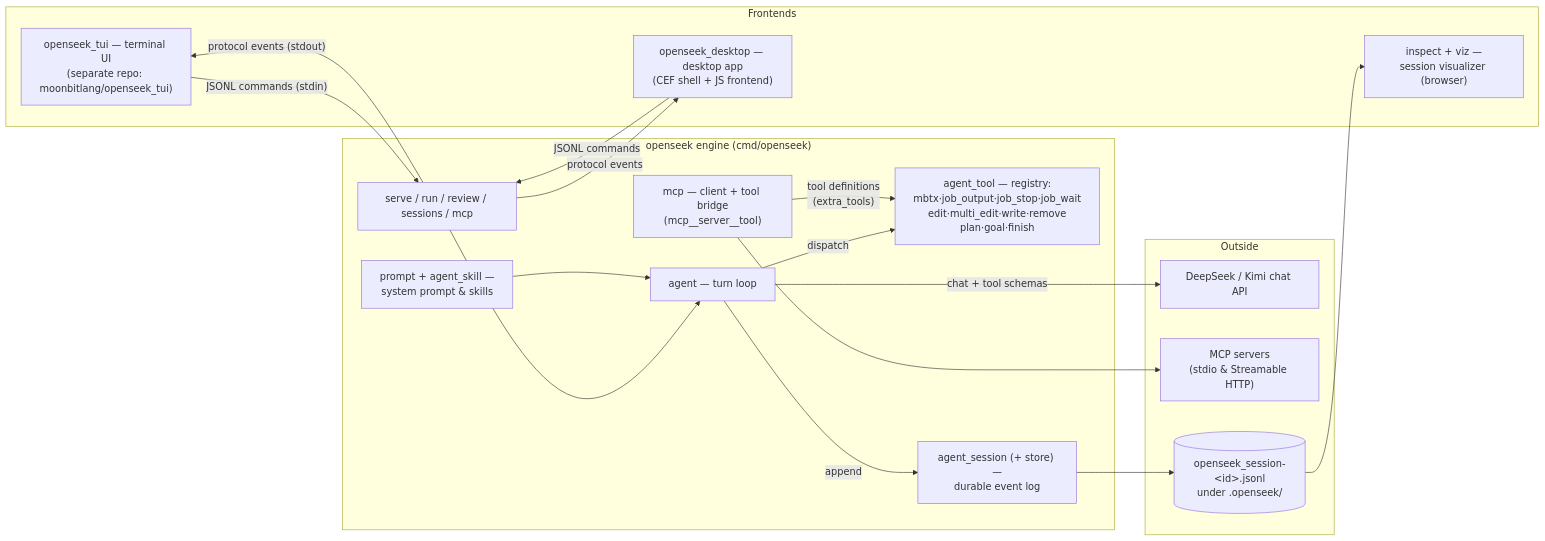
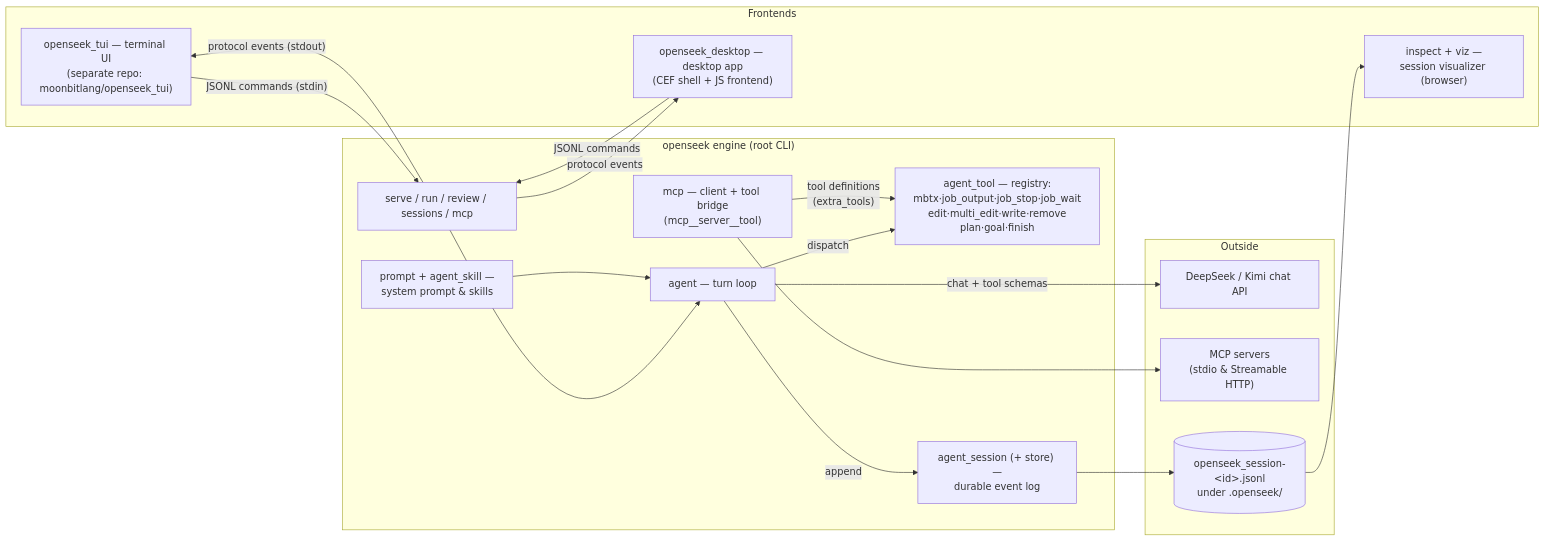
Before and after one commit to Betterlol/openseek: the first of 3 diagrams in docs/architecture.md, drawn with Mermaid. The commit also changed other lines of this file and 35 other files, not shown here.

First line of the commit message:
feat(cli): add root entry point and deprecate legacy coordinate (#1700)

````diff
--- a/docs/architecture.md
+++ b/docs/architecture.md
@@ -20,37 +20,37 @@
 ```mermaid
 flowchart LR
   subgraph frontends [Frontends]
     TUI["openseek_tui — terminal UI<br/>(separate repo: moonbitlang/openseek_tui)"]
     DESKTOP["openseek_desktop — desktop app<br/>(CEF shell + JS frontend)"]
     VIZ["inspect + viz —<br/>session visualizer (browser)"]
   end
 
-  subgraph engine ["openseek engine (cmd/openseek)"]
+  subgraph engine ["openseek engine (root CLI)"]
     SERVE["serve / run / review / sessions / mcp"]
     AGENT["agent — turn loop"]
     TOOLS["agent_tool — registry:<br/>mbtx·job_output·job_stop·job_wait<br/>edit·multi_edit·write·remove<br/>plan·goal·finish"]
     MCP["mcp — client + tool bridge<br/>(mcp__server__tool)"]
     PROMPT["prompt + agent_skill —<br/>system prompt & skills"]
     SESSION["agent_session (+ store) —<br/>durable event log"]
   end
 
   subgraph outside [Outside]
     API["DeepSeek / Kimi chat API"]
     MCPSRV["MCP servers<br/>(stdio & Streamable HTTP)"]
     FILES[("openseek_session-&lt;id&gt;.jsonl<br/>under .openseek/")]
   end
 
   TUI -- "JSONL commands (stdin)" --> SERVE
   DESKTOP -- "JSONL commands" --> SERVE
   SERVE -- "protocol events (stdout)" --> TUI
   SERVE -- "protocol events" --> DESKTOP
   SERVE --> AGENT
   PROMPT --> AGENT
   AGENT -- "chat + tool schemas" --> API
   AGENT -- dispatch --> TOOLS
   MCP -- "tool definitions<br/>(extra_tools)" --> TOOLS
   MCP --> MCPSRV
   AGENT -- append --> SESSION
   SESSION --> FILES
   FILES --> VIZ
 ```
````
